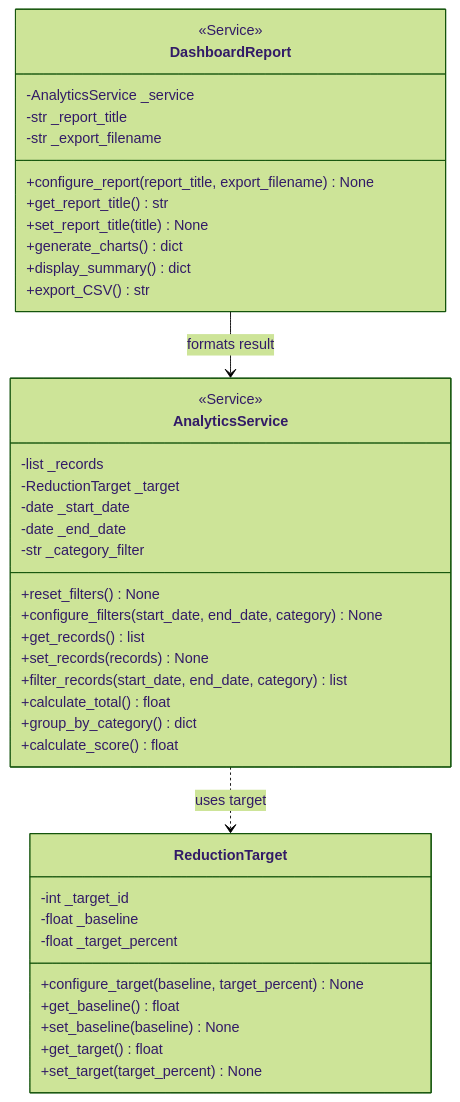
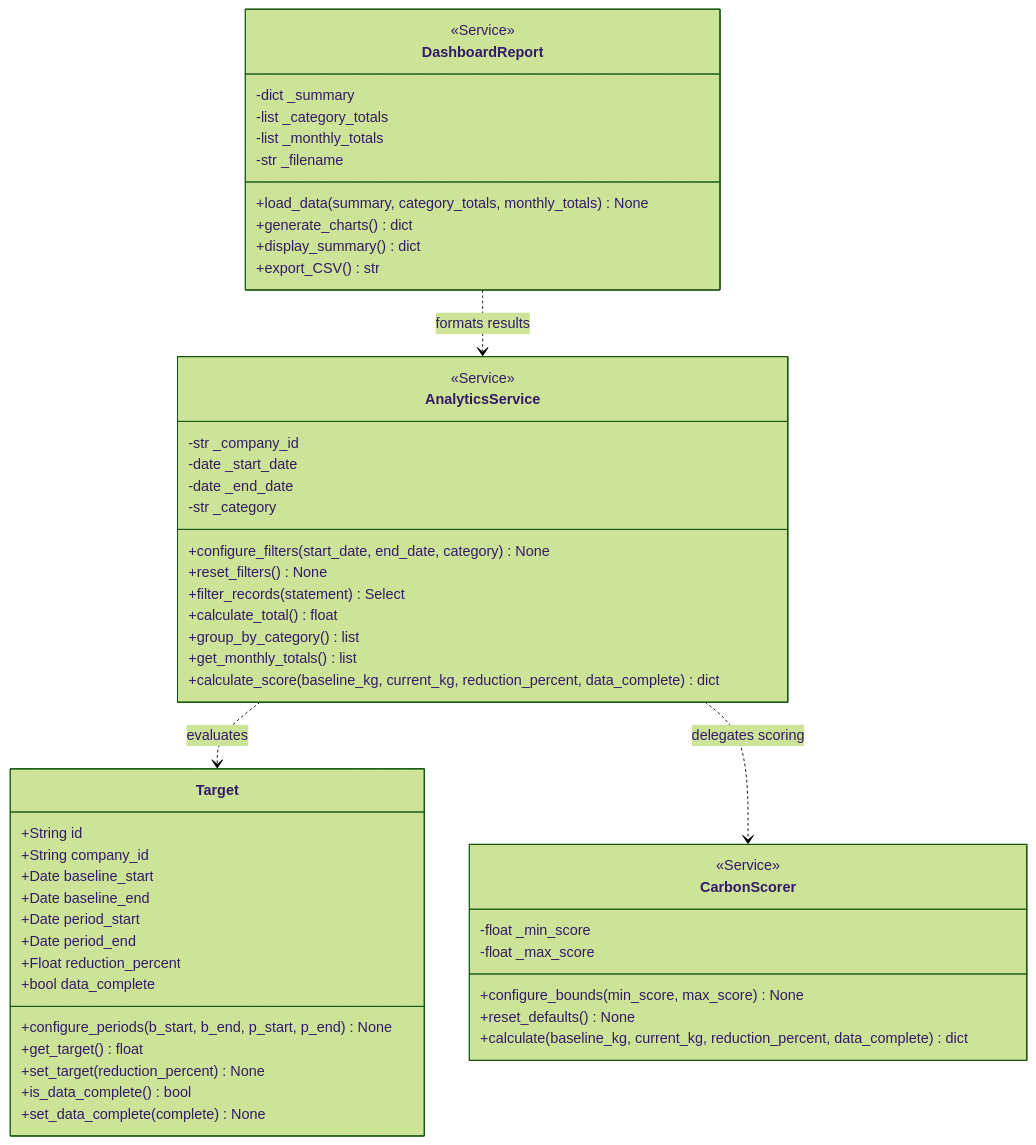
The second of 4 diagrams in README.md (M-AA-B/CPC-Python-Capstone-Project), drawn with Mermaid (forest theme) before and after one commit. The commit also changed other lines of this file and 76 other files, not shown here.

````diff
--- a/README.md
+++ b/README.md
@@ -132,46 +120,58 @@
 ```mermaid
 classDiagram
-    class ReductionTarget {
-        -int _target_id
-        -float _baseline
-        -float _target_percent
-        +configure_target(baseline, target_percent) None
-        +get_baseline() float
-        +set_baseline(baseline) None
+    class Target {
+        +String id
+        +String company_id
+        +Date baseline_start
+        +Date baseline_end
+        +Date period_start
+        +Date period_end
+        +Float reduction_percent
+        +bool data_complete
+        +configure_periods(b_start, b_end, p_start, p_end) None
         +get_target() float
-        +set_target(target_percent) None
+        +set_target(reduction_percent) None
+        +is_data_complete() bool
+        +set_data_complete(complete) None
     }
 
     class AnalyticsService {
         <<Service>>
-        -list _records
-        -ReductionTarget _target
+        -str _company_id
         -date _start_date
         -date _end_date
-        -str _category_filter
+        -str _category
+        +configure_filters(start_date, end_date, category) None
         +reset_filters() None
-        +configure_filters(start_date, end_date, category) None
-        +get_records() list
-        +set_records(records) None
-        +filter_records(start_date, end_date, category) list
+        +filter_records(statement) Select
         +calculate_total() float
-        +group_by_category() dict
-        +calculate_score() float
+        +group_by_category() list
+        +get_monthly_totals() list
+        +calculate_score(baseline_kg, current_kg, reduction_percent, data_complete) dict
     }
 
     class DashboardReport {
         <<Service>>
-        -AnalyticsService _service
-        -str _report_title
-        -str _export_filename
-        +configure_report(report_title, export_filename) None
-        +get_report_title() str
-        +set_report_title(title) None
+        -dict _summary
+        -list _category_totals
+        -list _monthly_totals
+        -str _filename
+        +load_data(summary, category_totals, monthly_totals) None
         +generate_charts() dict
         +display_summary() dict
         +export_CSV() str
     }
 
-    AnalyticsService ..> ReductionTarget : uses target
-    DashboardReport --> AnalyticsService : formats result
+    class CarbonScorer {
+        <<Service>>
+        -float _min_score
+        -float _max_score
+        +configure_bounds(min_score, max_score) None
+        +reset_defaults() None
+        +calculate(baseline_kg, current_kg, reduction_percent, data_complete) dict
+    }
+
+    AnalyticsService ..> Target : evaluates
+    AnalyticsService ..> CarbonScorer : delegates scoring
+    DashboardReport ..> AnalyticsService : formats results
 ```
````
